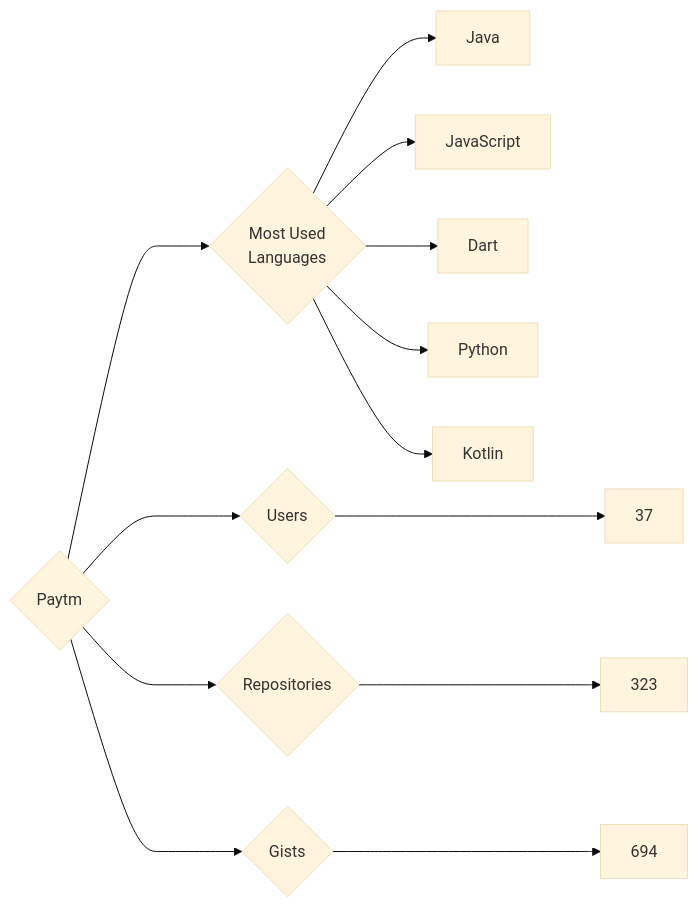
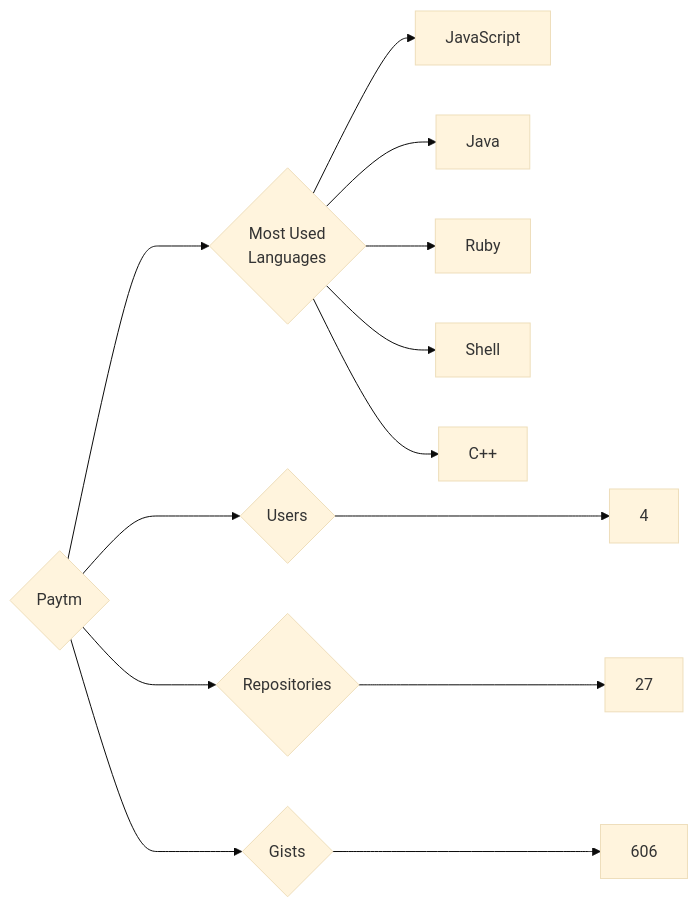
Before and after one commit to trickest/insiders: the diagram in targets/Paytm/README.md, drawn with Mermaid (base theme). The commit also changed 839 other files, not shown here.

````diff
--- a/targets/Paytm/README.md
+++ b/targets/Paytm/README.md
@@ -3,13 +3,13 @@
 ```mermaid
 graph LR
 COMPANY_NAME{Paytm}
-COMPANY_NAME ---> U{Users} ---> UN[37]
-COMPANY_NAME ---> R{Repositories} ---> RN[323]
-COMPANY_NAME ---> G{Gists} ---> GN[694]
+COMPANY_NAME ---> U{Users} ---> UN[4]
+COMPANY_NAME ---> R{Repositories} ---> RN[27]
+COMPANY_NAME ---> G{Gists} ---> GN[606]
 COMPANY_NAME ---> ML{Most Used<br>Languages}
+ML --> JavaScript[JavaScript]
 ML --> Java[Java]
-ML --> JavaScript[JavaScript]
-ML --> Dart[Dart]
-ML --> Python[Python]
-ML --> Kotlin[Kotlin]
+ML --> Ruby[Ruby]
+ML --> Shell[Shell]
+ML --> C++[C++]
 ```
````
